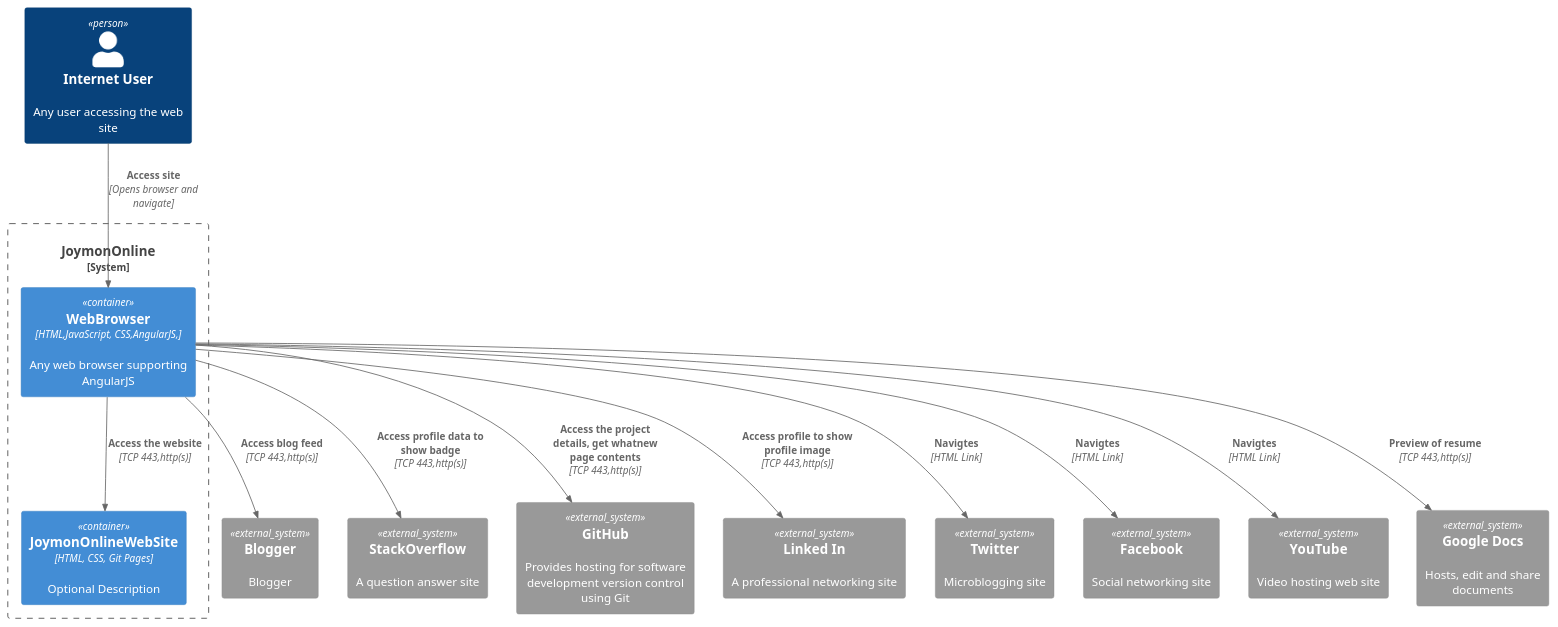
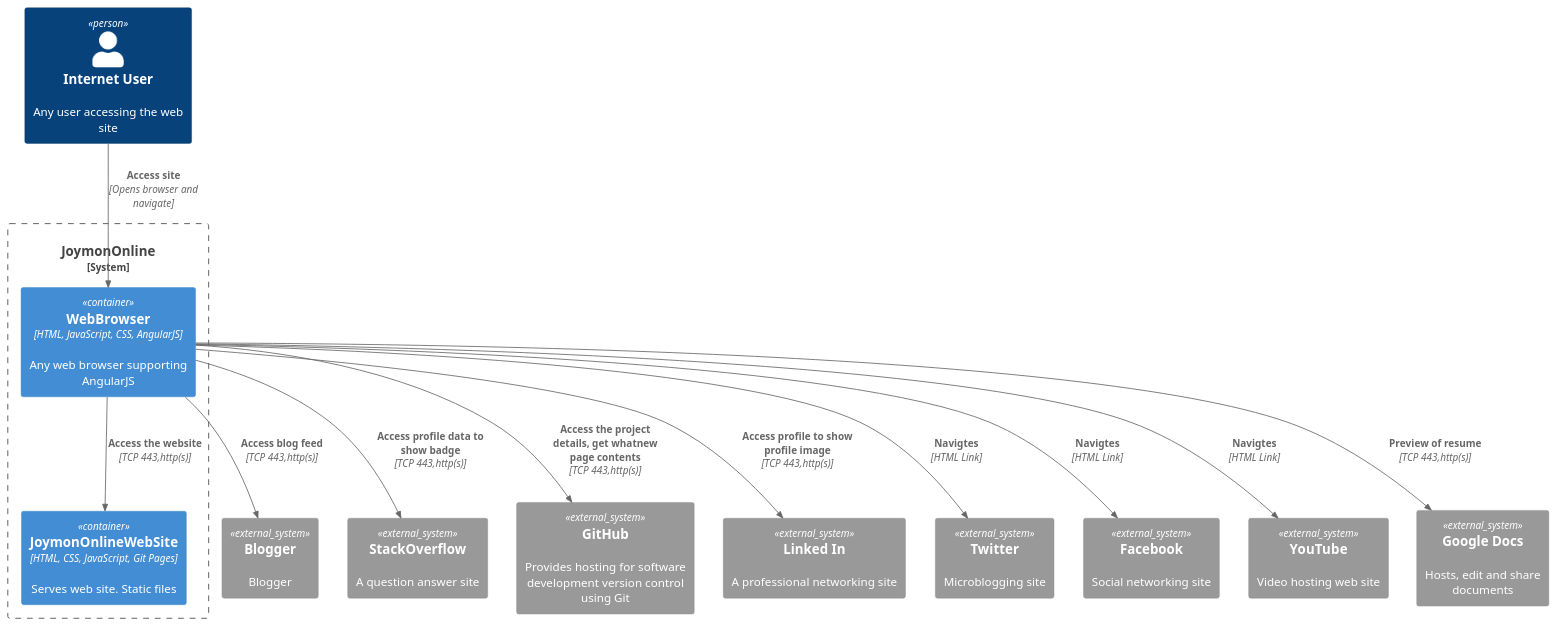
One commit to joymon/Demo-ASPNetIntergationTest changed the diagram in diagrams/container.puml. Above: the diagram before and after it, drawn with PlantUML.

```diff
--- a/diagrams/container.puml
+++ b/diagrams/container.puml
@@ -1,28 +1,28 @@
 @startuml C4_Elements
 !includeurl https://raw.githubusercontent.com/RicardoNiepel/C4-PlantUML/release/1-0/C4_Container.puml
 
 Person(personAlias, "Internet User", "Any user accessing the web site")
 System_Boundary(joymononline, "JoymonOnline"){
-    Container(browser,"WebBrowser","HTML,JavaScript, CSS,AngularJS,","Any web browser supporting AngularJS")
-    Container(joymonOnlineWebSite, "JoymonOnlineWebSite", "HTML, CSS, Git Pages", "Optional Description")
+    Container(browser,"WebBrowser","HTML, JavaScript, CSS, AngularJS","Any web browser supporting AngularJS")
+    Container(joymonOnlineWebSite, "JoymonOnlineWebSite", "HTML, CSS, JavaScript, Git Pages", "Serves web site. Static files")
     Rel(browser,joymonOnlineWebSite,"Access the website","TCP 443,http(s)")
 }
 
 System_Ext(blogger,"Blogger","Blogger")
 System_Ext(stackOverflow,"StackOverflow","A question answer site")
 System_Ext(github,"GitHub","Provides hosting for software development version control using Git")
 System_Ext(linkedIn,"Linked In","A professional networking site")
 System_Ext(twitter,"Twitter","Microblogging site")
 System_Ext(facebook,"Facebook","Social networking site")
 System_Ext(youtube,"YouTube","Video hosting web site")
 System_Ext(googleDocs,"Google Docs","Hosts, edit and share documents")
 Rel(browser,blogger,"Access blog feed","TCP 443,http(s)")
 Rel(browser,stackOverflow,"Access profile data to show badge","TCP 443,http(s)")
 Rel(personAlias, browser, "Access site", "Opens browser and navigate")
 Rel(browser,github,"Access the project details, get whatnew page contents","TCP 443,http(s)")
 Rel(browser,linkedIn,"Access profile to show profile image","TCP 443,http(s)")
 Rel(browser,twitter,"Navigtes","HTML Link")
 Rel(browser,facebook,"Navigtes","HTML Link")
 Rel(browser,youtube,"Navigtes","HTML Link")
 Rel(browser,googleDocs,"Preview of resume","TCP 443,http(s)")
 @enduml
```
